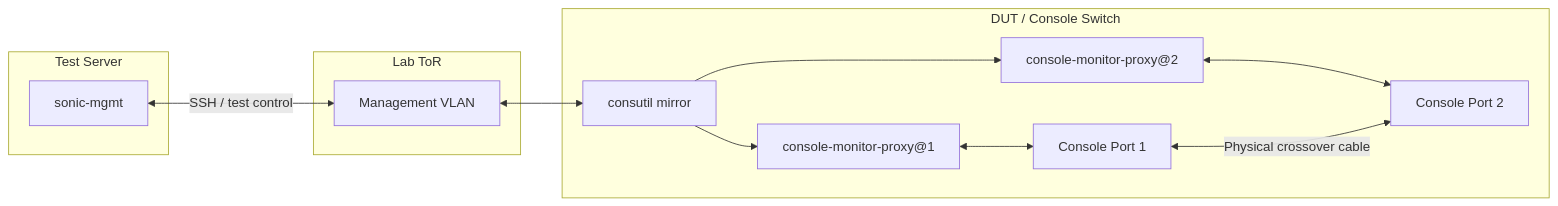
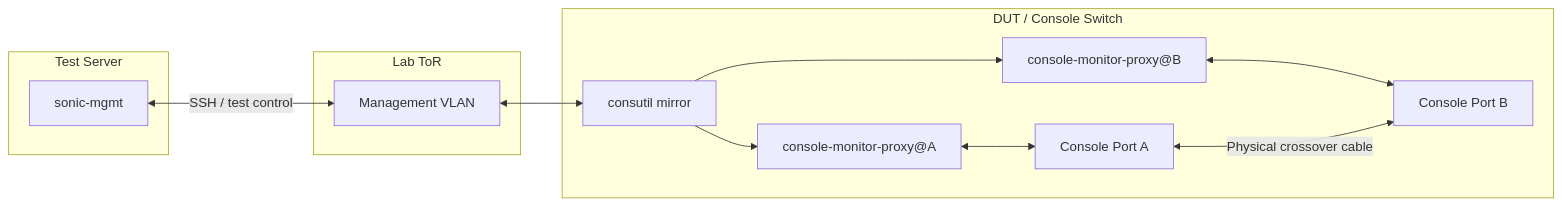
One commit to sonic-net/sonic-mgmt changed the diagram in docs/testplan/console/Console-Mirror-Test-Plan.md. Above: the diagram before and after it, drawn with Mermaid. The commit also changed other lines of this file, not shown here.

Commit message:
[docs/testplan/console] Refine Console Mirror Test Plan

````diff
--- a/docs/testplan/console/Console-Mirror-Test-Plan.md
+++ b/docs/testplan/console/Console-Mirror-Test-Plan.md
@@ -36,28 +37,28 @@
 ```mermaid
 flowchart LR
     subgraph Server["Test Server"]
         mgmt["sonic-mgmt"]
     end
 
     subgraph ToR["Lab ToR"]
         vlan["Management VLAN"]
     end
 
     subgraph DUT["DUT / Console Switch"]
         cli["consutil mirror"]
 
-        proxy1["console-monitor-proxy@1"]
-        proxy2["console-monitor-proxy@2"]
-        port1["Console Port 1"]
-        port2["Console Port 2"]
+        proxyA["console-monitor-proxy@A"]
+        proxyB["console-monitor-proxy@B"]
+        portA["Console Port A"]
+        portB["Console Port B"]
 
-        cli --> proxy1
-        cli --> proxy2
-        proxy1 <--> port1
-        proxy2 <--> port2
+        cli --> proxyA
+        cli --> proxyB
+        proxyA <--> portA
+        proxyB <--> portB
     end
 
     mgmt <-->|"SSH / test control"| vlan
     vlan <--> cli
-    port1 <-->|"Physical crossover cable"| port2
+    portA <-->|"Physical crossover cable"| portB
 ```
````
